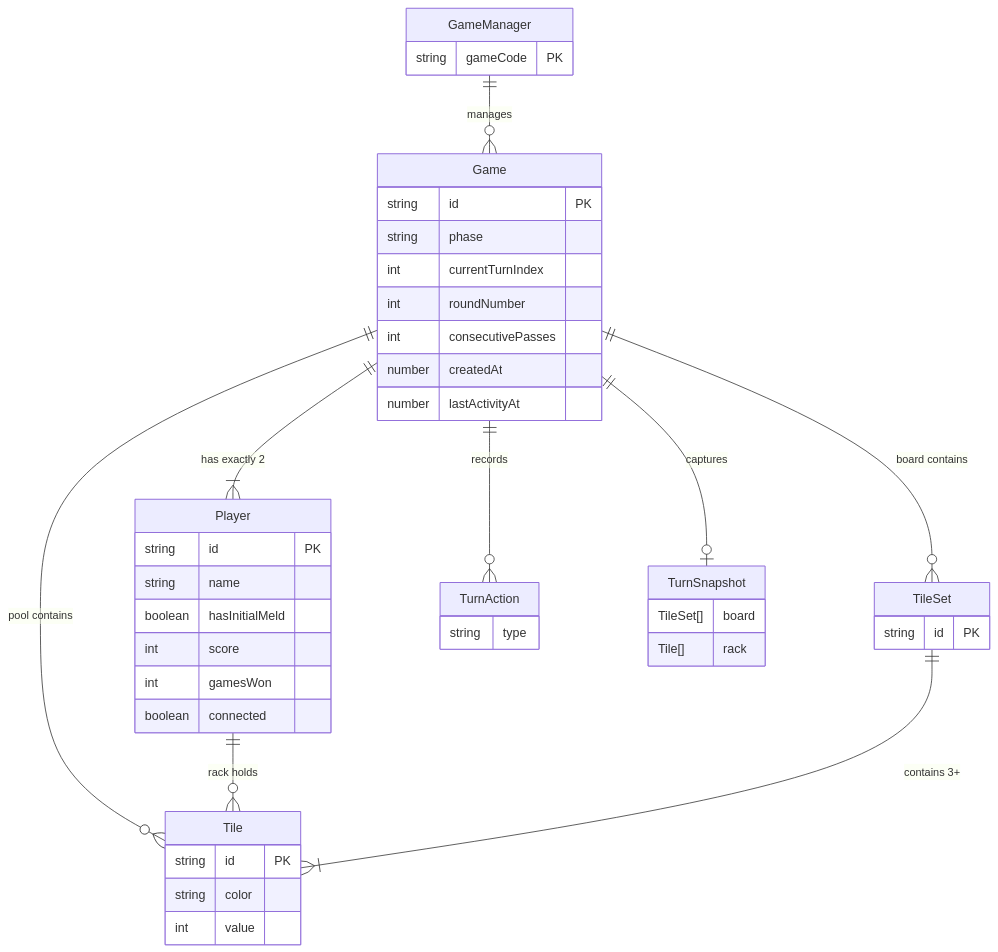
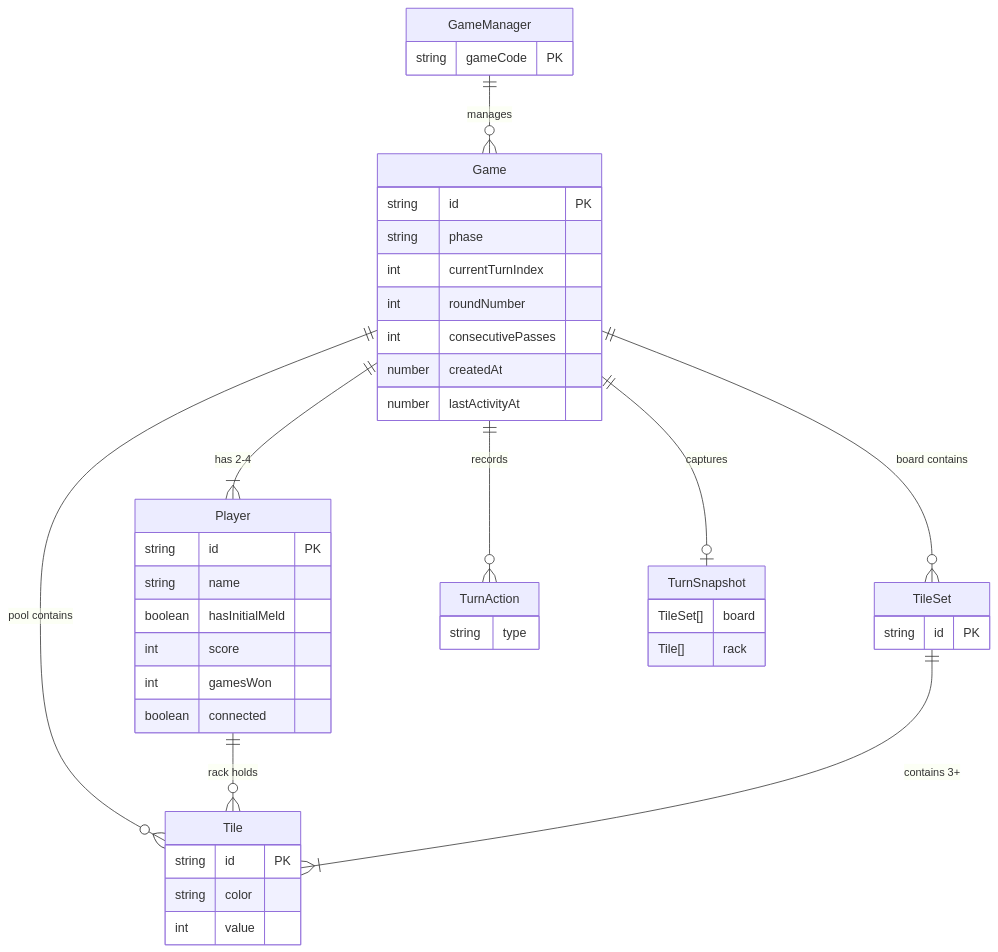
One commit to warslett/rummikub changed the diagram in docs/entities.md. Above: the diagram before and after it, drawn with Mermaid. The commit also changed other lines of this file and 30 other files, not shown here.

````diff
--- a/docs/entities.md
+++ b/docs/entities.md
@@ -31,53 +31,53 @@
 ```mermaid
 erDiagram
     GameManager ||--o{ Game : "manages"
-    Game ||--|{ Player : "has exactly 2"
+    Game ||--|{ Player : "has 2-4"
     Game ||--o{ TileSet : "board contains"
     Game ||--o{ Tile : "pool contains"
     Game ||--o{ TurnAction : "records"
     Game ||--o| TurnSnapshot : "captures"
     Player ||--o{ Tile : "rack holds"
     TileSet ||--|{ Tile : "contains 3+"
 
     GameManager {
         string gameCode PK
     }
 
     Game {
         string id PK
         string phase
         int currentTurnIndex
         int roundNumber
         int consecutivePasses
         number createdAt
         number lastActivityAt
     }
 
     Player {
         string id PK
         string name
         boolean hasInitialMeld
         int score
         int gamesWon
         boolean connected
     }
 
     TileSet {
         string id PK
     }
 
     Tile {
         string id PK
         string color
         int value
     }
 
     TurnAction {
         string type
     }
 
     TurnSnapshot {
         TileSet[] board
         Tile[] rack
     }
 ```
````
